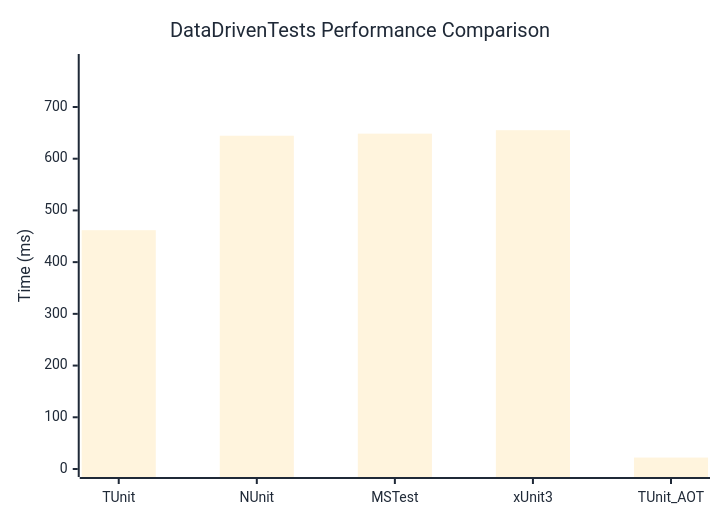
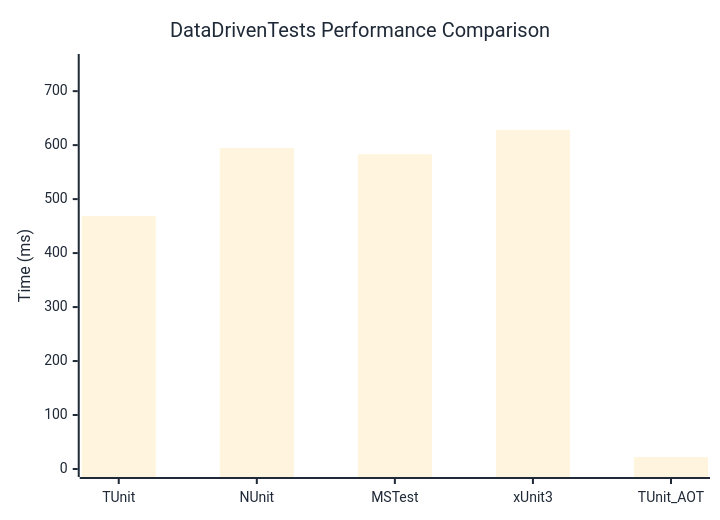
The diagram in docs/docs/benchmarks/DataDrivenTests.md (thomhurst/TUnit), drawn with Mermaid before and after one commit. The commit also changed other lines of this file and 17 other files, not shown here.

````diff
--- a/docs/docs/benchmarks/DataDrivenTests.md
+++ b/docs/docs/benchmarks/DataDrivenTests.md
@@ -27,37 +27,37 @@
 ```mermaid
 %%{init: {
   'theme':'base',
   'themeVariables': {
     'primaryColor': '#2563eb',
     'primaryTextColor': '#1f2937',
     'primaryBorderColor': '#1e40af',
     'lineColor': '#6b7280',
     'secondaryColor': '#7c3aed',
     'tertiaryColor': '#dc2626',
     'background': '#ffffff',
     'mainBkg': '#2563eb',
     'secondBkg': '#7c3aed',
     'tertiaryBkg': '#dc2626',
     'clusterBkg': '#f3f4f6',
     'edgeLabelBackground': '#ffffff',
     'tertiaryTextColor': '#1f2937',
     'pie1': '#2563eb',
     'pie2': '#7c3aed',
     'pie3': '#dc2626',
     'pie4': '#f59e0b',
     'pie5': '#10b981',
     'pie6': '#06b6d4',
     'pie7': '#ec4899',
     'pie8': '#6366f1',
     'pie9': '#84cc16',
     'pie10': '#f97316',
     'pie11': '#14b8a6',
     'pie12': '#a855f7'
   }
 }}%%
 xychart-beta
   title "DataDrivenTests Performance Comparison"
   x-axis ["TUnit", "NUnit", "MSTest", "xUnit3", "TUnit_AOT"]
-  y-axis "Time (ms)" 0 --> 787
-  bar [461.75, 644.4, 648.48, 655.12, 22.13]
+  y-axis "Time (ms)" 0 --> 754
+  bar [468.76, 594.69, 583.09, 628.26, 22.2]
 ```
````
